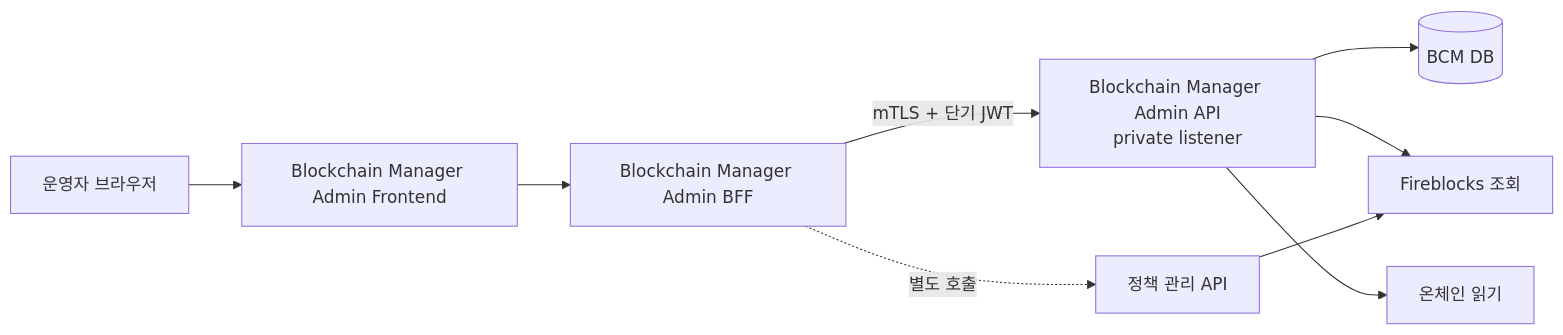
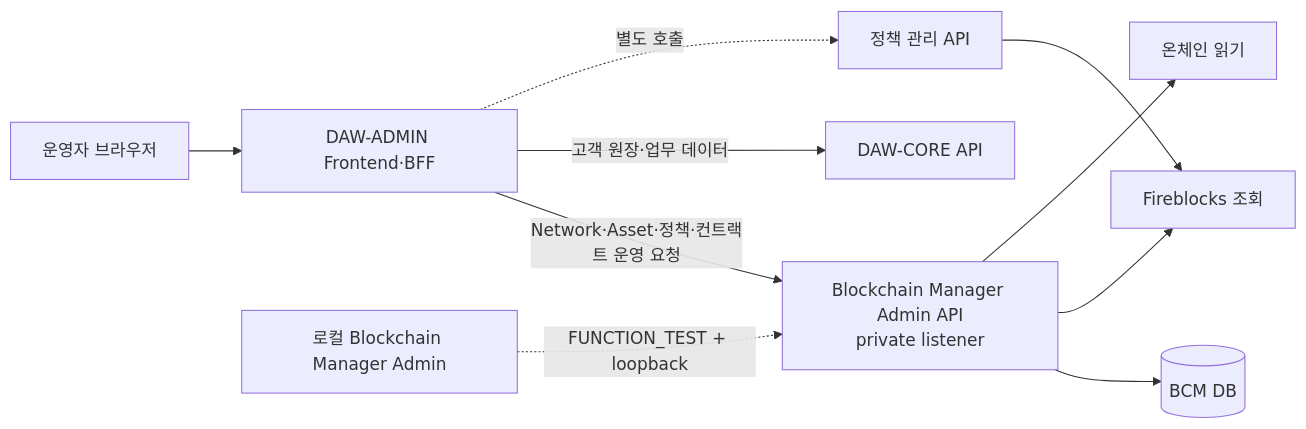
Before and after one commit to eunsujeo/fireblocks-test: the diagram in docs/design/08-bcm-admin.md, drawn with Mermaid. The commit also changed other lines of this file and 92 other files, not shown here.

````diff
--- a/docs/design/08-bcm-admin.md
+++ b/docs/design/08-bcm-admin.md
@@ -56,11 +57,12 @@
 ```mermaid
 flowchart LR
-    U[운영자 브라우저] --> F[Blockchain Manager Admin Frontend]
-    F --> B[Blockchain Manager Admin BFF]
-    B -->|mTLS + 단기 JWT| M[Blockchain Manager Admin API<br/>private listener]
+    U[운영자 브라우저] --> A[DAW-ADMIN Frontend·BFF]
+    A -->|Network·Asset·정책·컨트랙트 운영 요청| M[Blockchain Manager Admin API<br/>private listener]
+    A -->|고객 원장·업무 데이터| C[DAW-CORE API]
     M --> D[(BCM DB)]
     M --> V[Fireblocks 조회]
     M --> R[온체인 읽기]
-    B -. 별도 호출 .-> P[정책 관리 API]
+    A -. 별도 호출 .-> P[정책 관리 API]
     P --> V
+    L[로컬 Blockchain Manager Admin] -. FUNCTION_TEST + loopback .-> M
 ```
````
